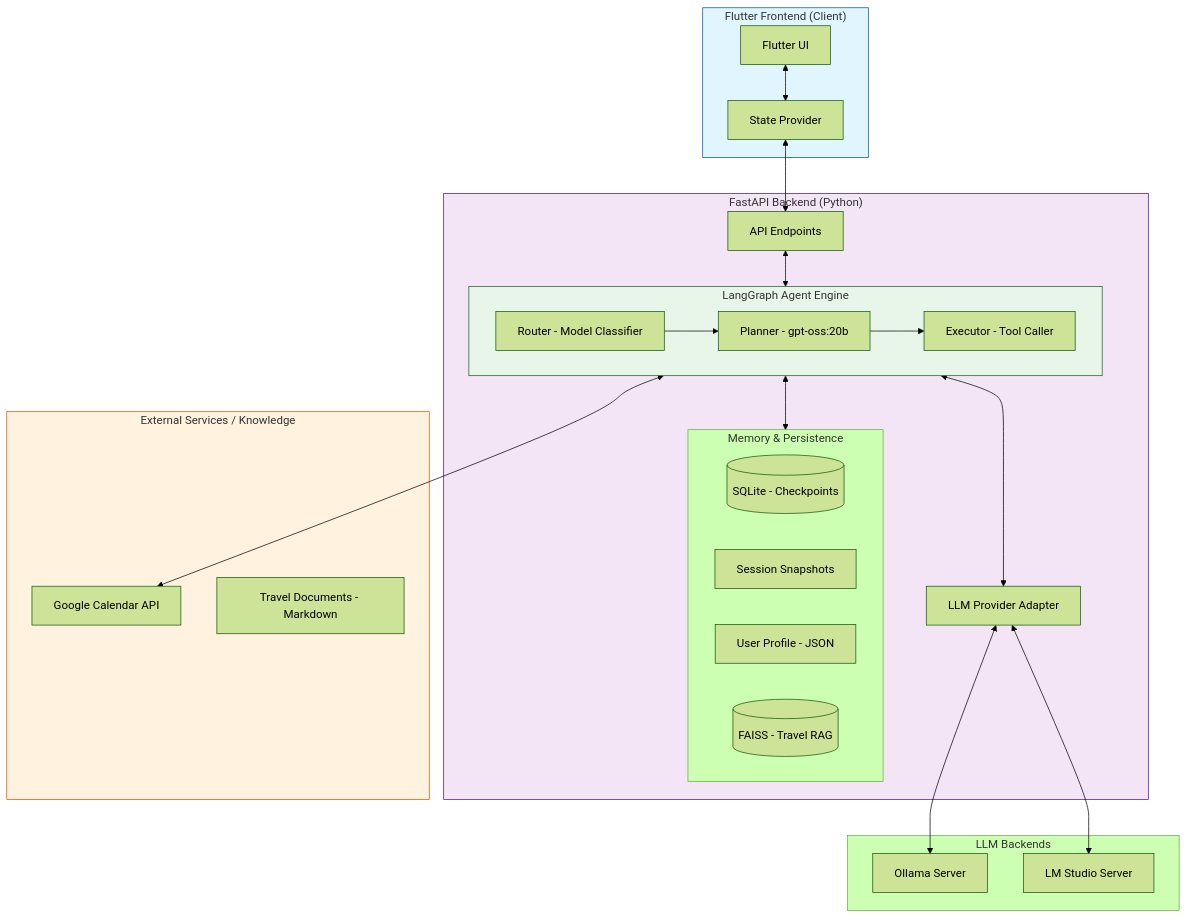
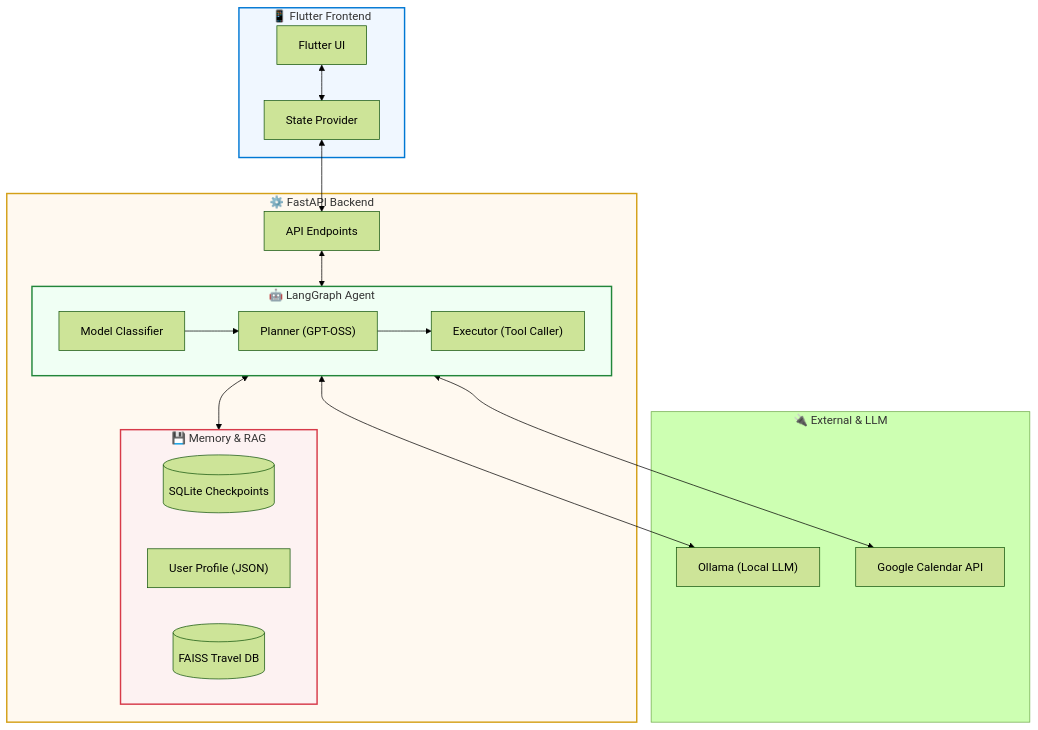
One commit to kc9302/AI_Assistant changed the diagram in README.md. Above: the diagram before and after it, drawn with Mermaid (forest theme). The commit also changed other lines of this file and 1 other file, not shown here.

````diff
--- a/README.md
+++ b/README.md
@@ -28,52 +64,42 @@
 ```mermaid
 graph TB
-    subgraph Client ["Flutter Frontend (Client)"]
+    subgraph Client ["📱 Flutter Frontend"]
         UI["Flutter UI"]
         Prov["State Provider"]
         UI <--> Prov
     end
 
-    subgraph Backend ["FastAPI Backend (Python)"]
+    subgraph Backend ["⚙️ FastAPI Backend"]
         API["API Endpoints"]
-        LLMProvider["LLM Provider Adapter"]
         
-        subgraph Agent ["LangGraph Agent Engine"]
-            Router["Router - Model Classifier"]
-            Planner["Planner - gpt-oss:20b"]
-            Executor["Executor - Tool Caller"]
-            Router --> Planner
-            Planner --> Executor
+        subgraph Agent ["🤖 LangGraph Agent"]
+            Router["Model Classifier"]
+            Planner["Planner (GPT-OSS)"]
+            Executor["Executor (Tool Caller)"]
+            Router --> Planner --> Executor
         end
         
-        subgraph Storage ["Memory & Persistence"]
-            DB[("SQLite - Checkpoints")]
-            Sess["Session Snapshots"]
-            Profile["User Profile - JSON"]
-            VectorDB[("FAISS - Travel RAG")]
+        subgraph Memory ["💾 Memory & RAG"]
+            DB[("SQLite Checkpoints")]
+            Profile["User Profile (JSON)"]
+            VectorDB[("FAISS Travel DB")]
         end
 
         API <--> Agent
-        Agent <--> LLMProvider
-        Agent <--> Storage
+        Agent <--> Memory
     end
 
-    subgraph LLMInfra ["LLM Backends"]
-        Ollama["Ollama Server"]
-        LMStudio["LM Studio Server"]
-    end
-
-    subgraph Infrastructure ["External Services / Knowledge"]
+    subgraph Infrastructure ["🔌 External & LLM"]
+        Ollama["Ollama (Local LLM)"]
         GCal["Google Calendar API"]
-        Docs["Travel Documents - Markdown"]
     end
 
     Prov <--> API
-    LLMProvider <--> Ollama
-    LLMProvider <--> LMStudio
+    Agent <--> Ollama
     Agent <--> GCal
 
-    style Client fill:#e1f5fe,stroke:#01579b
-    style Backend fill:#f3e5f5,stroke:#4a148c
-    style Infrastructure fill:#fff3e0,stroke:#e65100
-    style Agent fill:#e8f5e9,stroke:#1b5e20
+    style Client fill:#f0f7ff,stroke:#0078d4,stroke-width:2px
+    style Backend fill:#fff9f0,stroke:#d4a017,stroke-width:2px
+    style Agent fill:#f0fff4,stroke:#22863a,stroke-width:2px
+    style Memory fill:#fdf2f2,stroke:#d73a49,stroke-width:2px
 ```
````
